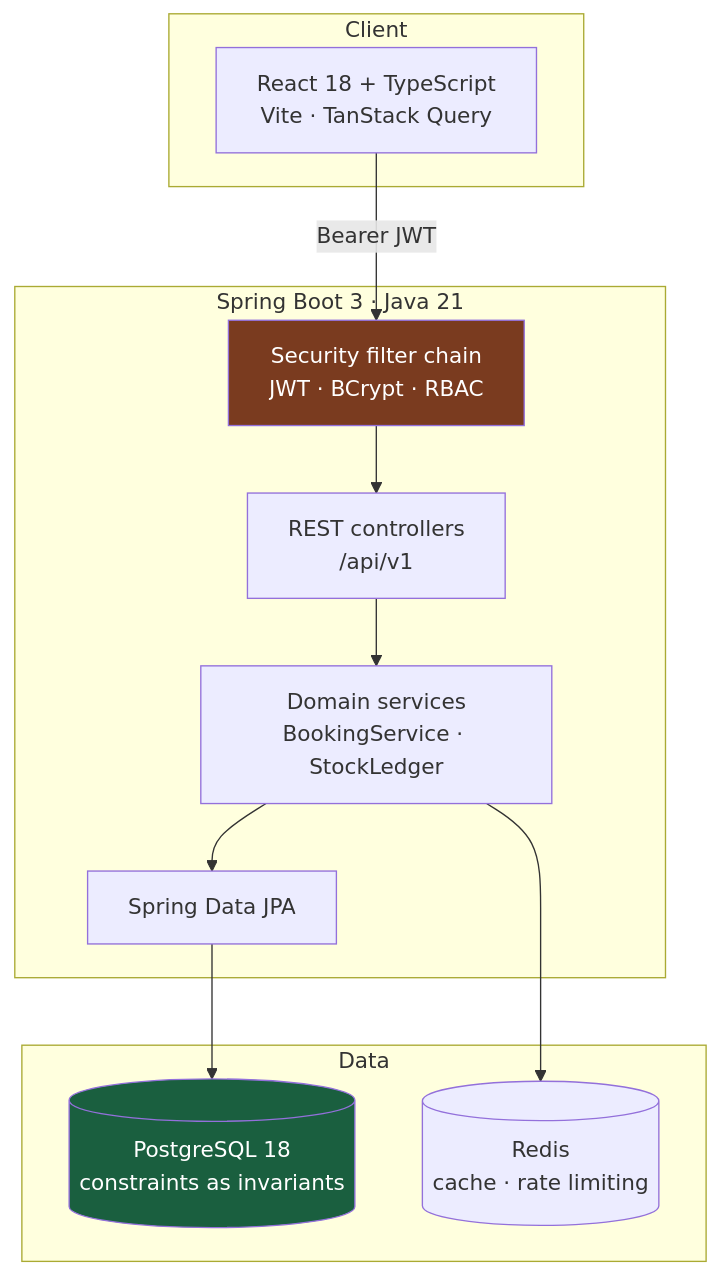
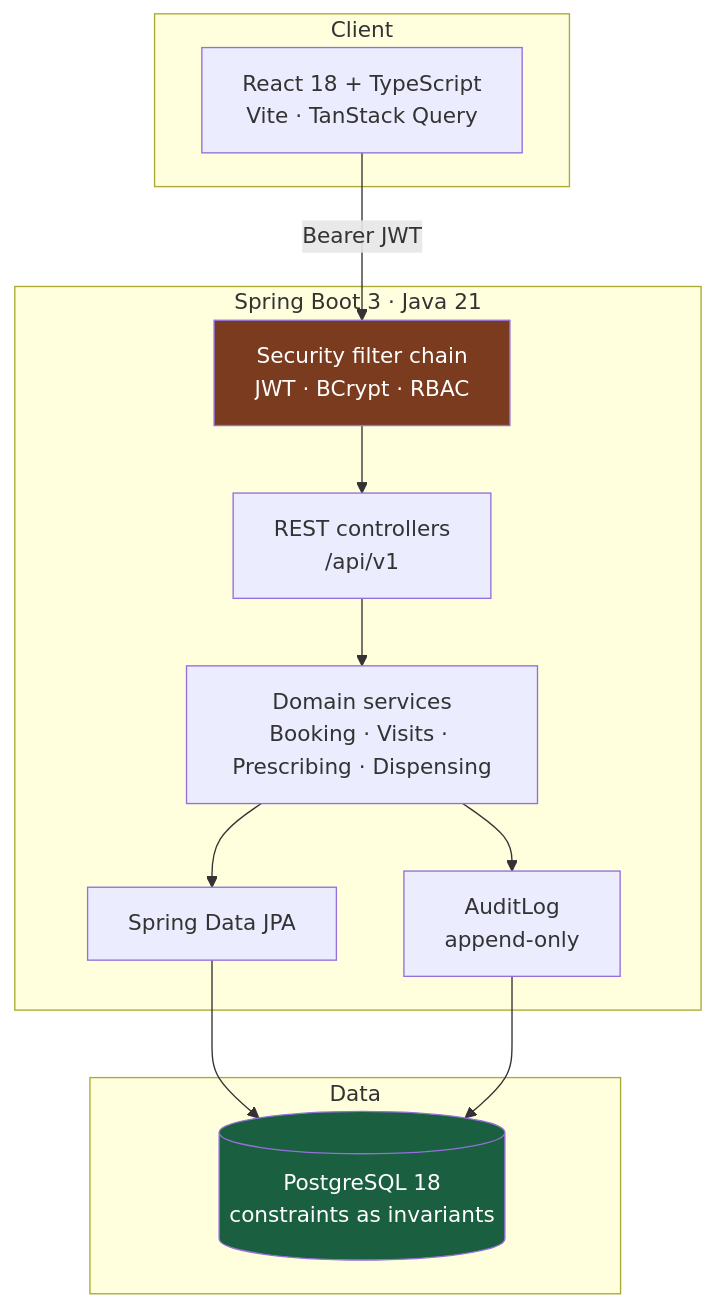
The diagram in README.md (Manu-code-all/Medicity), drawn with Mermaid before and after one commit. The commit also changed other lines of this file and 223 other files, not shown here.

````diff
--- a/README.md
+++ b/README.md
@@ -118,25 +118,25 @@
 ```mermaid
 flowchart TB
     subgraph client [Client]
         WEB["React 18 + TypeScript<br/>Vite · TanStack Query"]
     end
 
     subgraph api [Spring Boot 3 · Java 21]
         SEC["Security filter chain<br/>JWT · BCrypt · RBAC"]
         CTL["REST controllers<br/>/api/v1"]
-        SVC["Domain services<br/>BookingService · StockLedger"]
+        SVC["Domain services<br/>Booking · Visits · Prescribing · Dispensing"]
+        AUD["AuditLog<br/>append-only"]
         REPO["Spring Data JPA"]
     end
 
     subgraph data [Data]
         PG[("PostgreSQL 18<br/>constraints as invariants")]
-        RD[("Redis<br/>cache · rate limiting")]
     end
 
     WEB -->|"Bearer JWT"| SEC
     SEC --> CTL --> SVC --> REPO --> PG
-    SVC --> RD
+    SVC --> AUD --> PG
 
     style PG fill:#1a5f3f,color:#fff
     style SEC fill:#7a3b1f,color:#fff
 ```
````
